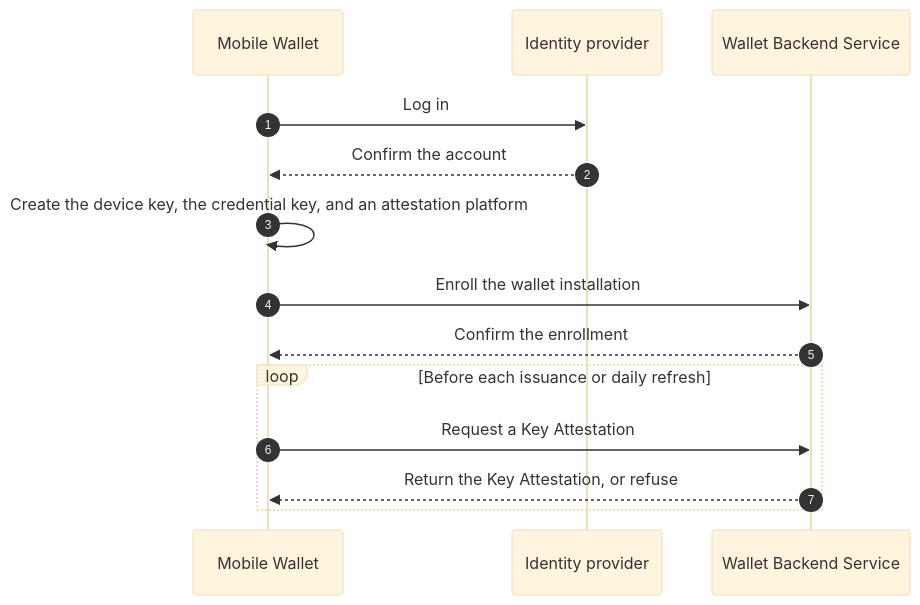
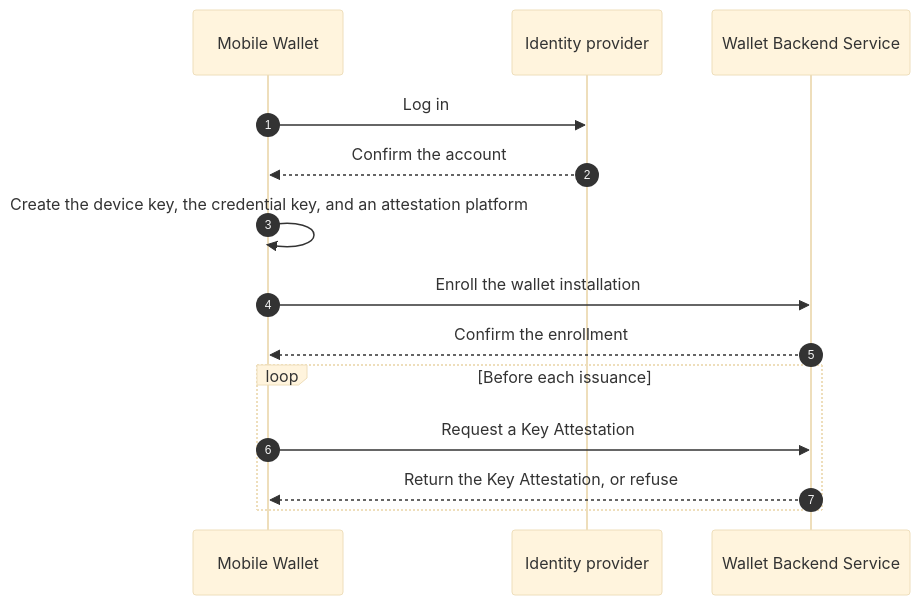
Before and after one commit to id-verifiable-credential-dev/id-doc-idctf: the fourth of 14 diagrams in docs/architecture-framework/high-level-architecture/flows-per-use-case.md, drawn with Mermaid (base theme). The commit also changed other lines of this file and 158 other files, not shown here.

````diff
--- a/docs/architecture-framework/high-level-architecture/flows-per-use-case.md
+++ b/docs/architecture-framework/high-level-architecture/flows-per-use-case.md
@@ -244,16 +253,16 @@
 ```mermaid
 sequenceDiagram
     autonumber
     participant MW as Mobile Wallet
     participant IDP as Identity provider
     participant WBS as Wallet Backend Service
     MW->>IDP: Log in
     IDP-->>MW: Confirm the account
     MW->>MW: Create the device key, the credential key, and an attestation platform
     MW->>WBS: Enroll the wallet installation
     WBS-->>MW: Confirm the enrollment
-    loop Before each issuance or daily refresh
+    loop Before each issuance
         MW->>WBS: Request a Key Attestation
         WBS-->>MW: Return the Key Attestation, or refuse
     end
 ```
````
